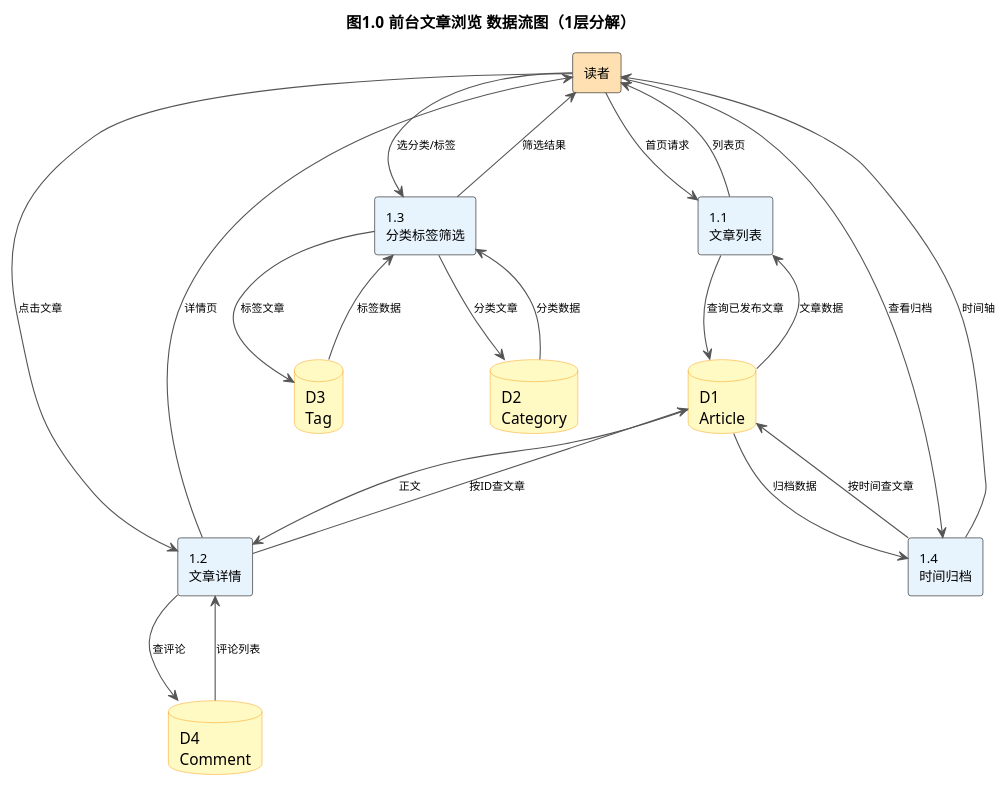
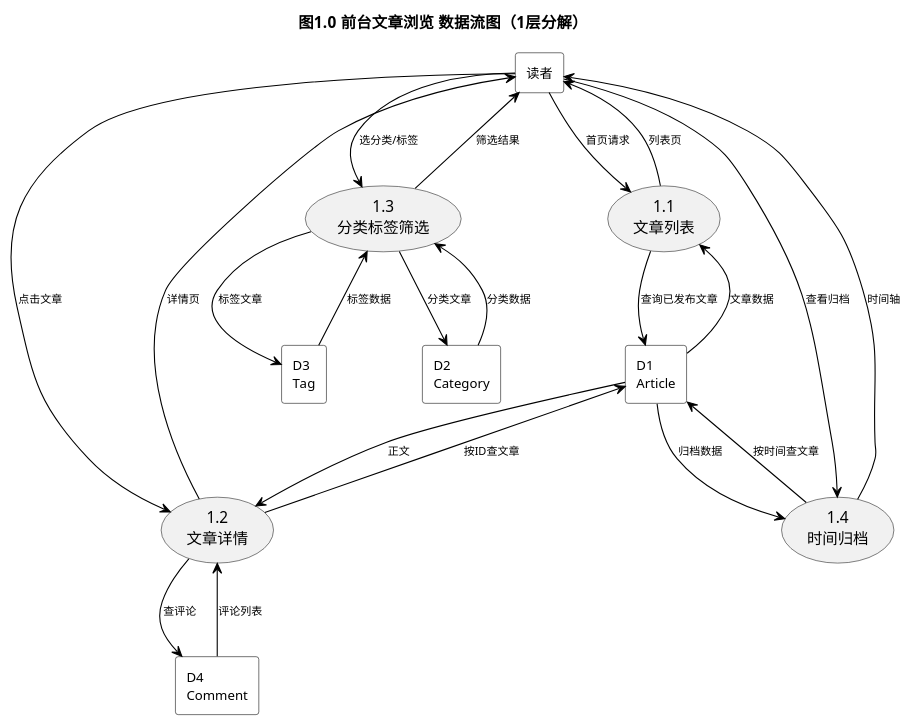
One commit to xiongyuanhao0525-bot/Class3-Group4 changed the second of 5 diagrams in doc/素材/纪秀茹/blog数据流图.puml. Above: the diagram before and after it, drawn with PlantUML. The commit also changed other lines of this file and 5 other files, not shown here.

Commit message:
纪秀茹：优化blog数据流图，调整样式

```diff
--- a/doc/素材/纪秀茹/blog数据流图.puml
+++ b/doc/素材/纪秀茹/blog数据流图.puml
@@ -34,53 +31,49 @@
 @startuml DFD-1前台文章浏览
 skinparam defaultFontName "Microsoft YaHei"
-skinparam nodesep 60
-skinparam ranksep 80
+skinparam nodesep 50
+skinparam ranksep 70
 skinparam rectangle {
-  BackgroundColor #FEFEFE
+  BackgroundColor white
   BorderColor black
   FontSize 12
 }
-skinparam database {
-  BackgroundColor #FFF9C4
-  BorderColor #F9A825
-}
 skinparam ArrowFontSize 10
-skinparam ArrowColor #555555
+skinparam ArrowColor black
 title 图1.0  前台文章浏览 数据流图（1层分解）
 
-rectangle "读者" as E1 #FFE0B2
+rectangle "读者" as E1
 
-rectangle "1.1\n文章列表" as P11 #E8F4FD
-rectangle "1.2\n文章详情" as P12 #E8F4FD
-rectangle "1.3\n分类标签筛选" as P13 #E8F4FD
-rectangle "1.4\n时间归档" as P14 #E8F4FD
+usecase "1.1\n文章列表" as P11
+usecase "1.2\n文章详情" as P12
+usecase "1.3\n分类标签筛选" as P13
+usecase "1.4\n时间归档" as P14
 
-database "D1\nArticle" as D1 #FFF9C4
-database "D2\nCategory" as D2 #FFF9C4
-database "D3\nTag" as D3 #FFF9C4
-database "D4\nComment" as D4 #FFF9C4
+rectangle "D1\nArticle" as D1
+rectangle "D2\nCategory" as D2
+rectangle "D3\nTag" as D3
+rectangle "D4\nComment" as D4
 
 E1 --> P11 : 首页请求
 P11 --> D1 : 查询已发布文章
 D1 --> P11 : 文章数据
 P11 --> E1 : 列表页
 
 E1 --> P12 : 点击文章
 P12 --> D1 : 按ID查文章
 D1 --> P12 : 正文
 P12 --> D4 : 查评论
 D4 --> P12 : 评论列表
 P12 --> E1 : 详情页
 
 E1 --> P13 : 选分类/标签
 P13 --> D2 : 分类文章
 P13 --> D3 : 标签文章
 D2 --> P13 : 分类数据
 D3 --> P13 : 标签数据
 P13 --> E1 : 筛选结果
 
 E1 --> P14 : 查看归档
 P14 --> D1 : 按时间查文章
 D1 --> P14 : 归档数据
 P14 --> E1 : 时间轴
 @enduml
```
